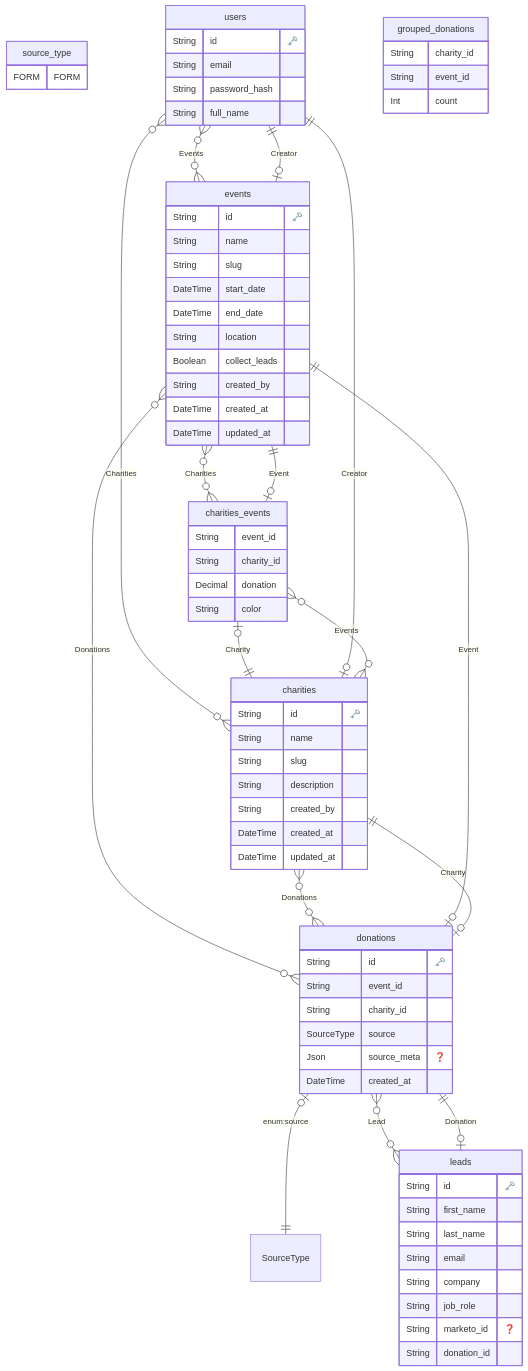
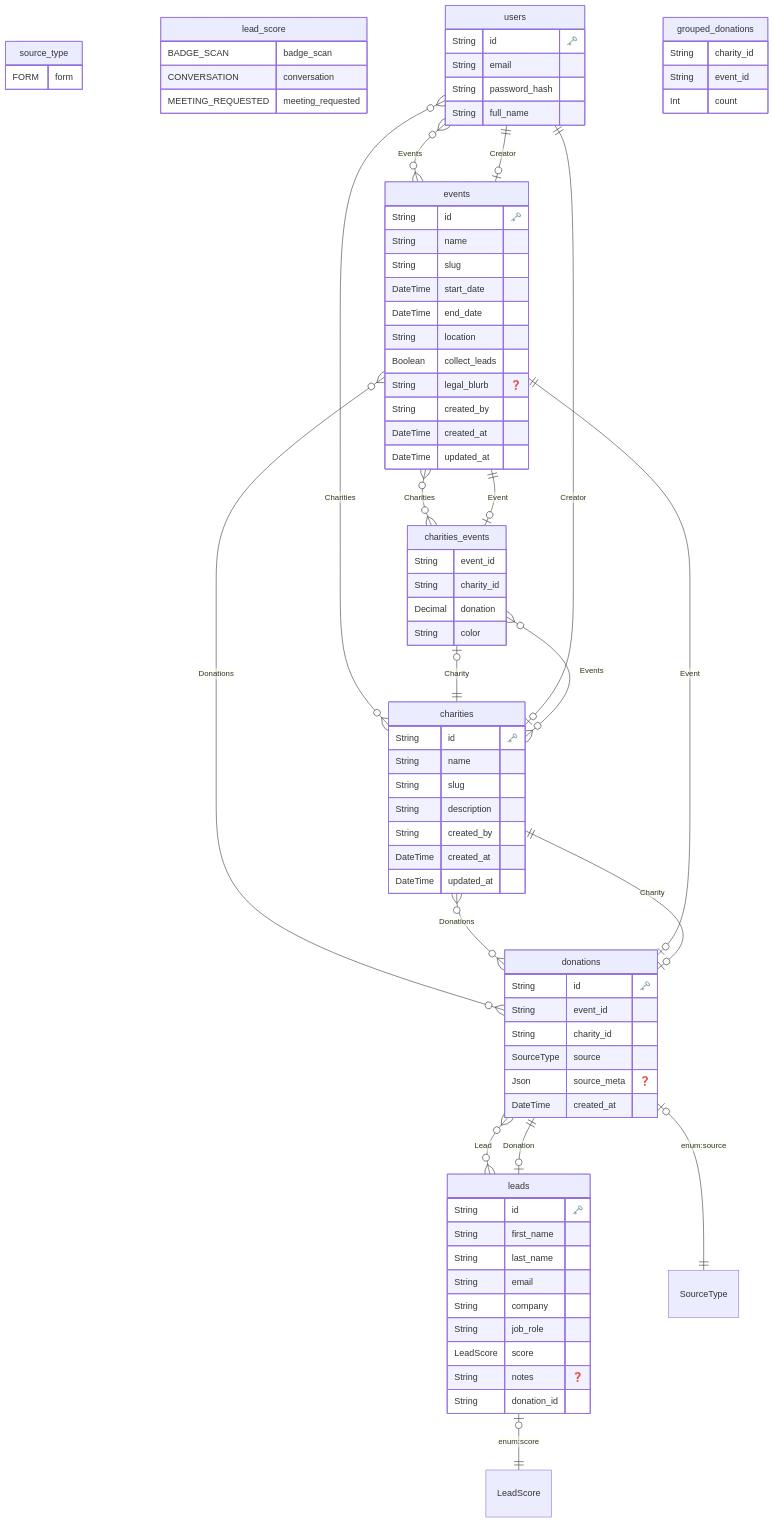
The diagram in erd.md (aydrian/event-charity-activations), drawn with Mermaid before and after one commit. The commit also changed 7 other files, not shown here.

Commit message:
Added color selector and updated leads with score and notes

````diff
--- a/erd.md
+++ b/erd.md
@@ -2,7 +2,15 @@
 erDiagram
 
         source_type {
-            FORM FORM
+            FORM form
+        }
+    
+
+
+        lead_score {
+            BADGE_SCAN badge_scan
+CONVERSATION conversation
+MEETING_REQUESTED meeting_requested
         }
     
   "users" {
@@ -21,6 +29,7 @@
     DateTime end_date 
     String location 
     Boolean collect_leads 
+    String legal_blurb "❓"
     String created_by 
     DateTime created_at 
     DateTime updated_at 
@@ -63,7 +72,8 @@
     String email 
     String company 
     String job_role 
-    String marketo_id "❓"
+    LeadScore score 
+    String notes "❓"
     String donation_id 
     }
   
@@ -88,5 +98,6 @@
     "donations" o{--}o "leads" : "Lead"
     "donations" o|--|| "events" : "Event"
     "donations" o|--|| "charities" : "Charity"
+    "leads" o|--|| "LeadScore" : "enum:score"
     "leads" o|--|| "donations" : "Donation"
 ```
````
